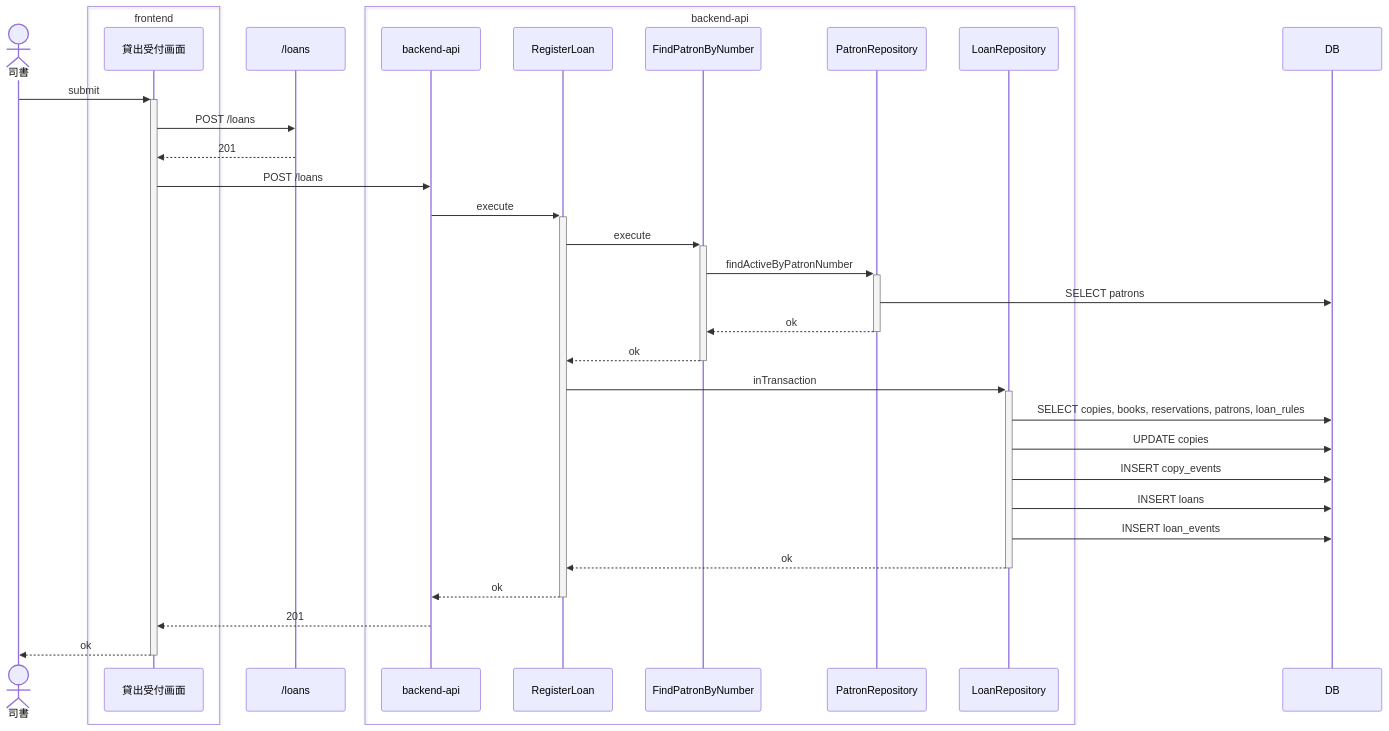
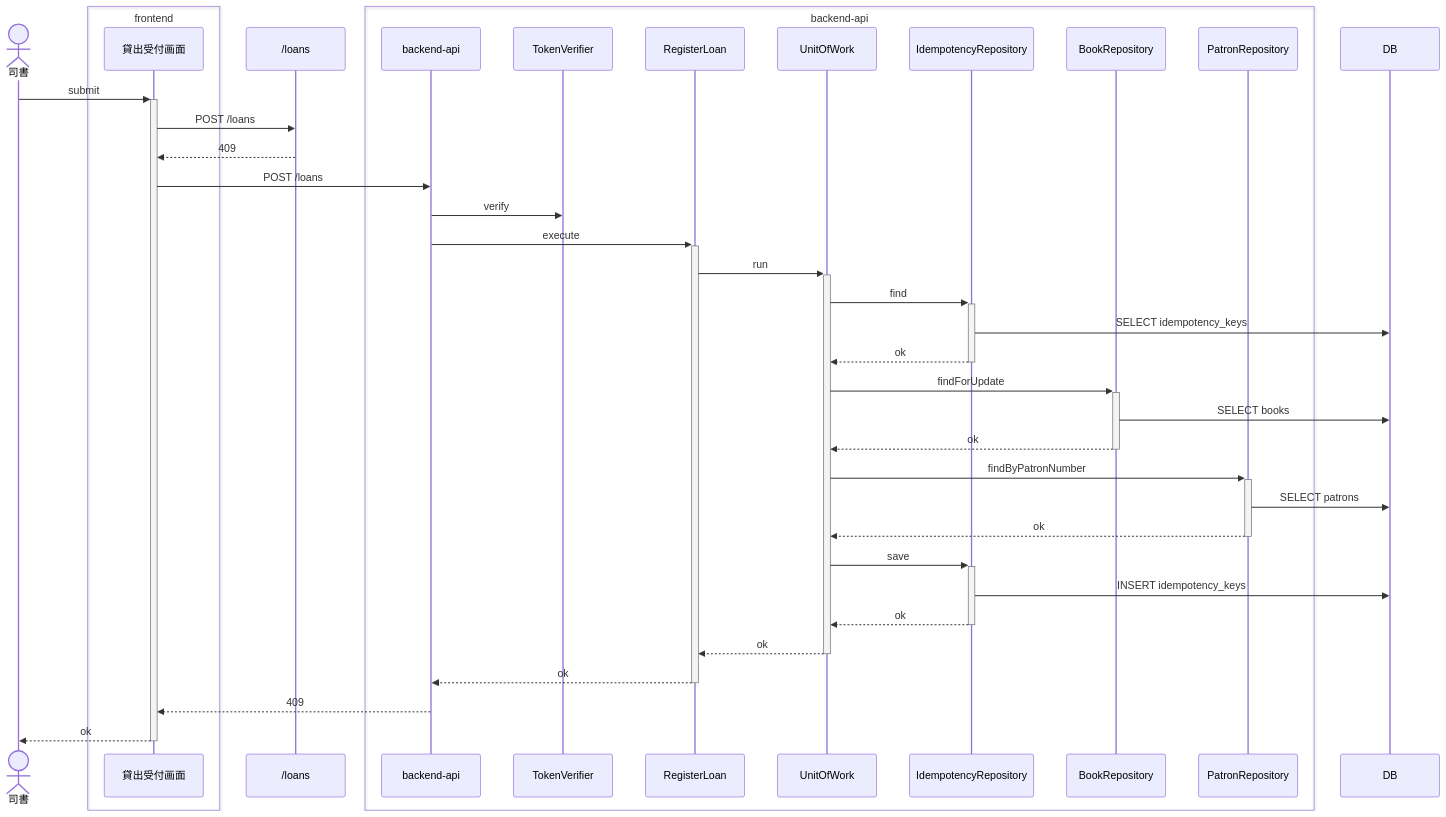
Before and after one commit to suwa-sh/suwa-sh-claude-plugins: the sixth of 6 diagrams in samples/distillery2/library-loan/docs/as-built/貸出業務/貸出を登録する/sequence.md, drawn with Mermaid. The commit also changed other lines of this file and 249 other files, not shown here.

````diff
--- a/samples/distillery2/library-loan/docs/as-built/貸出業務/貸出を登録する/sequence.md
+++ b/samples/distillery2/library-loan/docs/as-built/貸出業務/貸出を登録する/sequence.md
@@ -198,36 +268,41 @@
 ```mermaid
 sequenceDiagram
     actor p0 as 司書
     box transparent frontend
         participant p1 as 貸出受付画面
     end
     participant p2 as /loans
     box transparent backend-api
         participant p3 as backend-api
-        participant p4 as RegisterLoan
-        participant p5 as FindPatronByNumber
-        participant p6 as PatronRepository
-        participant p8 as LoanRepository
+        participant p4 as TokenVerifier
+        participant p5 as RegisterLoan
+        participant p6 as UnitOfWork
+        participant p7 as IdempotencyRepository
+        participant p9 as BookRepository
+        participant p10 as PatronRepository
     end
-    participant p7 as DB
+    participant p8 as DB
     p0->>+p1: submit
     p1->>p2: POST /loans
-    p2-->>p1: 201
+    p2-->>p1: 409
     p1->>p3: POST /loans
-    p3->>+p4: execute
-    p4->>+p5: execute
-    p5->>+p6: findActiveByPatronNumber
-    p6->>p7: SELECT patrons
+    p3->>p4: verify
+    p3->>+p5: execute
+    p5->>+p6: run
+    p6->>+p7: find
+    p7->>p8: SELECT idempotency_keys
+    p7-->>-p6: ok
+    p6->>+p9: findForUpdate
+    p9->>p8: SELECT books
+    p9-->>-p6: ok
+    p6->>+p10: findByPatronNumber
+    p10->>p8: SELECT patrons
+    p10-->>-p6: ok
+    p6->>+p7: save
+    p7->>p8: INSERT idempotency_keys
+    p7-->>-p6: ok
     p6-->>-p5: ok
-    p5-->>-p4: ok
-    p4->>+p8: inTransaction
-    p8->>p7: SELECT copies, books, reservations, patrons, loan_rules
-    p8->>p7: UPDATE copies
-    p8->>p7: INSERT copy_events
-    p8->>p7: INSERT loans
-    p8->>p7: INSERT loan_events
-    p8-->>-p4: ok
-    p4-->>-p3: ok
-    p3-->>p1: 201
+    p5-->>-p3: ok
+    p3-->>p1: 409
     p1-->>-p0: ok
 ```
````
